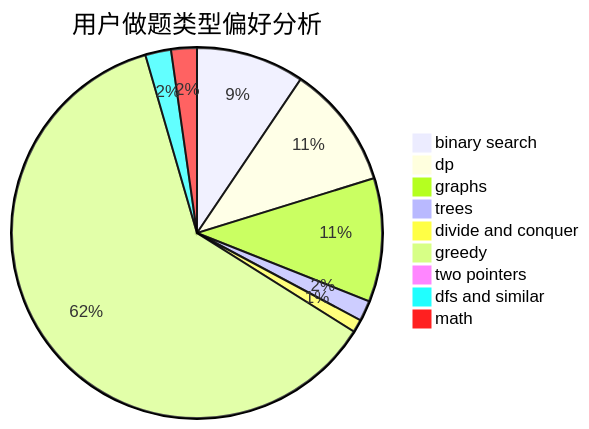
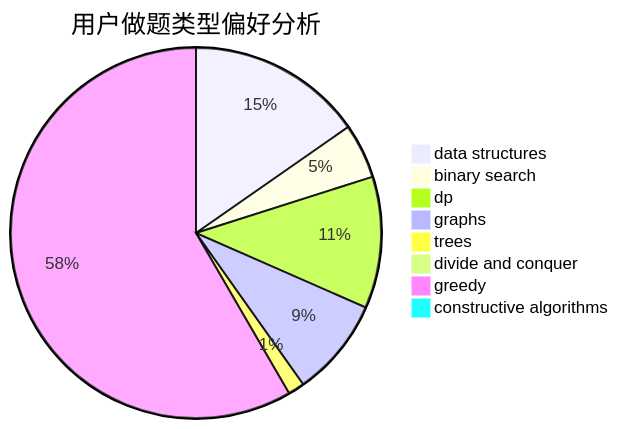
One commit to sherpahu/cfrs.github.io changed the second of 3 diagrams in docs/user/u1189.md. Above: the diagram before and after it, drawn with Mermaid. The commit also changed other lines of this file and 2775 other files, not shown here.

````diff
--- a/docs/user/u1189.md
+++ b/docs/user/u1189.md
@@ -23,12 +23,11 @@
 ```mermaid
 pie title 用户做题类型偏好分析
-    "binary search" :  42
-    "dp" :  48
-    "graphs" :  48
-    "trees" :  8
-    "divide and conquer" :  5
-    "greedy" :  274
-    "two pointers" :  0
-    "dfs and similar" :  10
-    "math" :  10
+    "data structures" :  32
+    "binary search" :  10
+    "dp" :  24
+    "graphs" :  18
+    "trees" :  3
+    "divide and conquer" :  0
+    "greedy" :  122
+    "constructive algorithms" :  0
 ```
````
